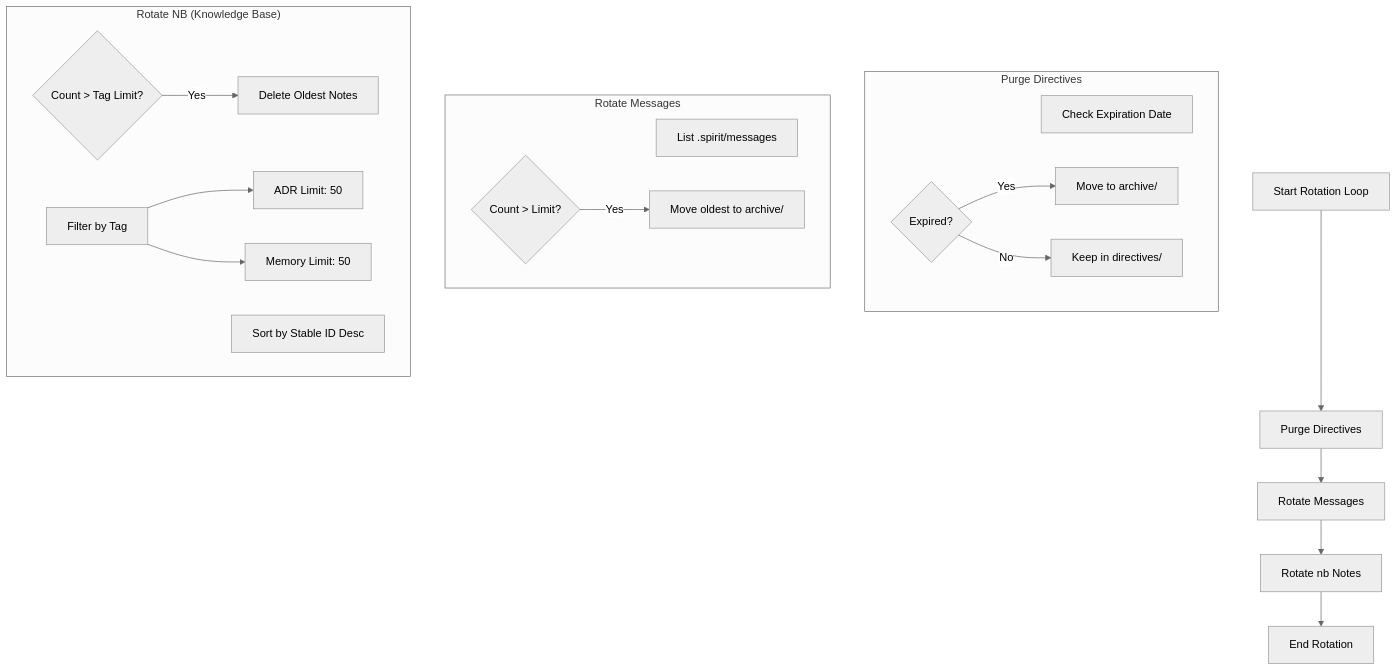
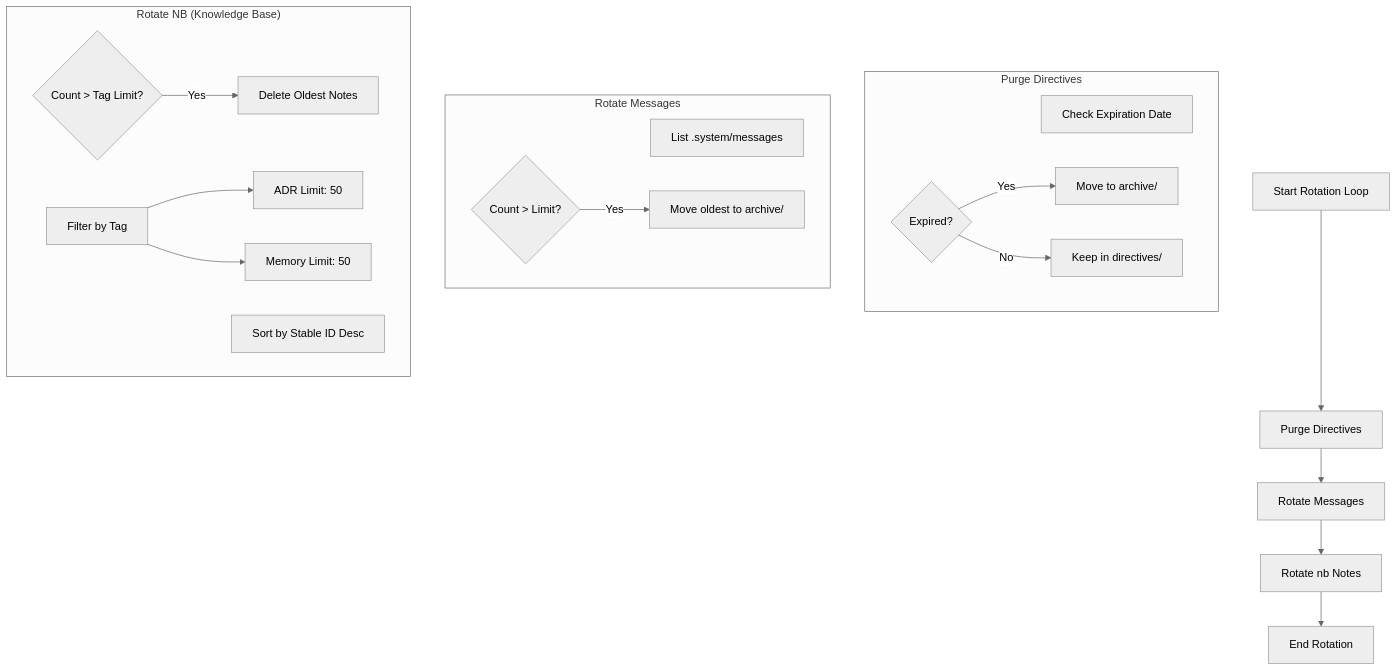
Before and after one commit to kodicw/nixspirit: the tenth of 14 diagrams in INDEX.md, drawn with Mermaid (neutral theme). The commit also changed other lines of this file and 78 other files, not shown here.

````diff
--- a/INDEX.md
+++ b/INDEX.md
@@ -270,29 +270,29 @@
 ```mermaid
 graph TD
     A[Start Rotation Loop] --> B[Purge Directives]
     B --> C[Rotate Messages]
     C --> D[Rotate nb Notes]
     D --> E[End Rotation]
 
     subgraph "Purge Directives"
         B1[Check Expiration Date]
         B2{Expired?}
         B2 -->|Yes| B3[Move to archive/]
         B2 -->|No| B4[Keep in directives/]
     end
 
     subgraph "Rotate Messages"
-        C1[List .spirit/messages]
+        C1[List .system/messages]
         C2{Count > Limit?}
         C2 -->|Yes| C3[Move oldest to archive/]
     end
 
     subgraph "Rotate NB (Knowledge Base)"
         D1[Filter by Tag]
         D2[Sort by Stable ID Desc]
         D3{Count > Tag Limit?}
         D3 -->|Yes| D4[Delete Oldest Notes]
         D1 --> D1_ADR[ADR Limit: 50]
         D1 --> D1_MEM[Memory Limit: 50]
     end
 ```
````
